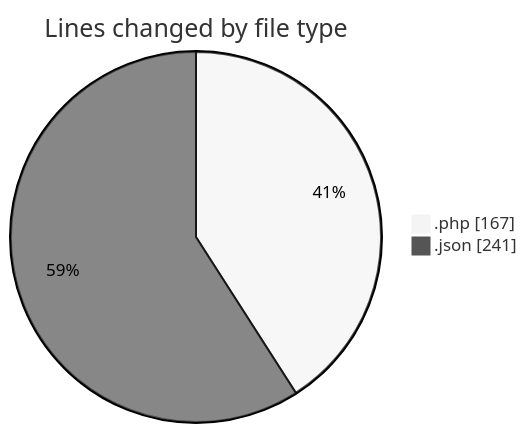
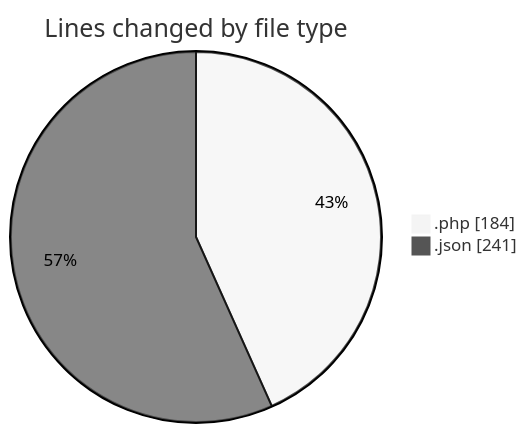
The first of 2 diagrams in 2025-03-29/autodidak/README.md (idhammustaqopulfikri/code-tracking), drawn with Mermaid (neutral theme) before and after one commit. The commit also changed other lines of this file and 1 other file, not shown here.

````diff
--- a/2025-03-29/autodidak/README.md
+++ b/2025-03-29/autodidak/README.md
@@ -25,6 +25,6 @@
 ```mermaid
 pie showData
 title Lines changed by file type
-".php" : 167
+".php" : 184
 ".json" : 241
 ```
````
